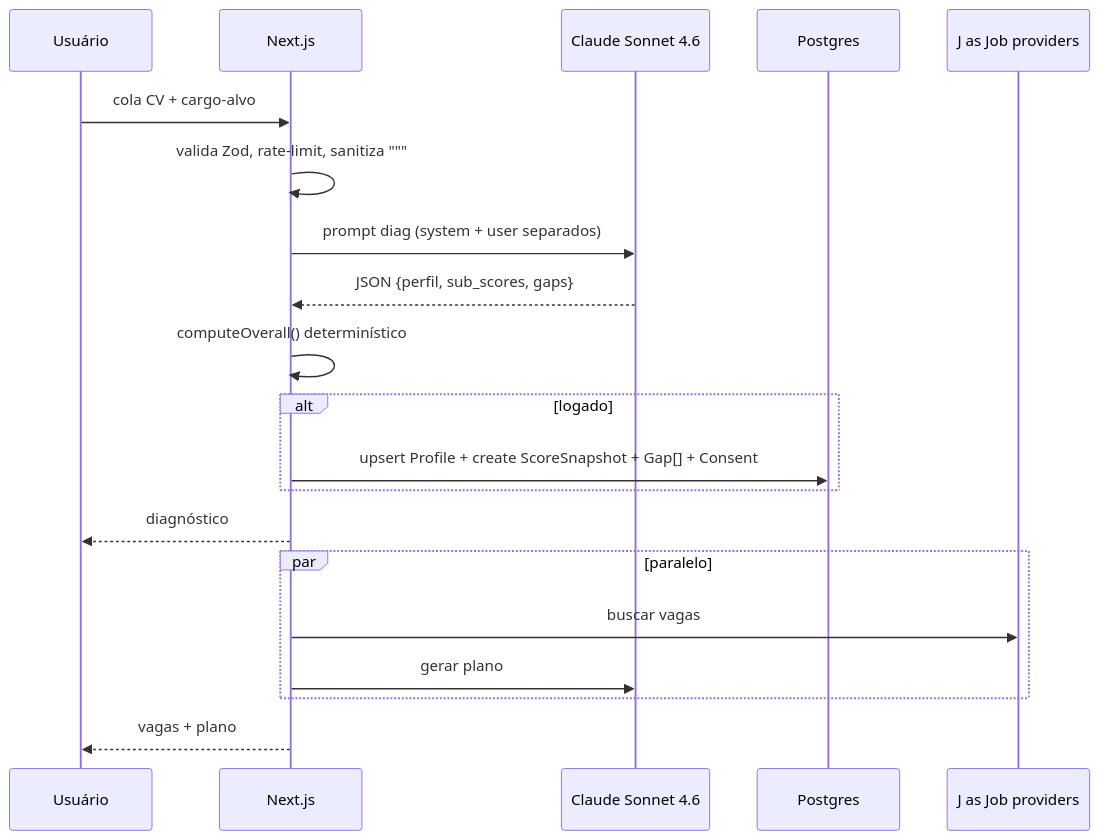
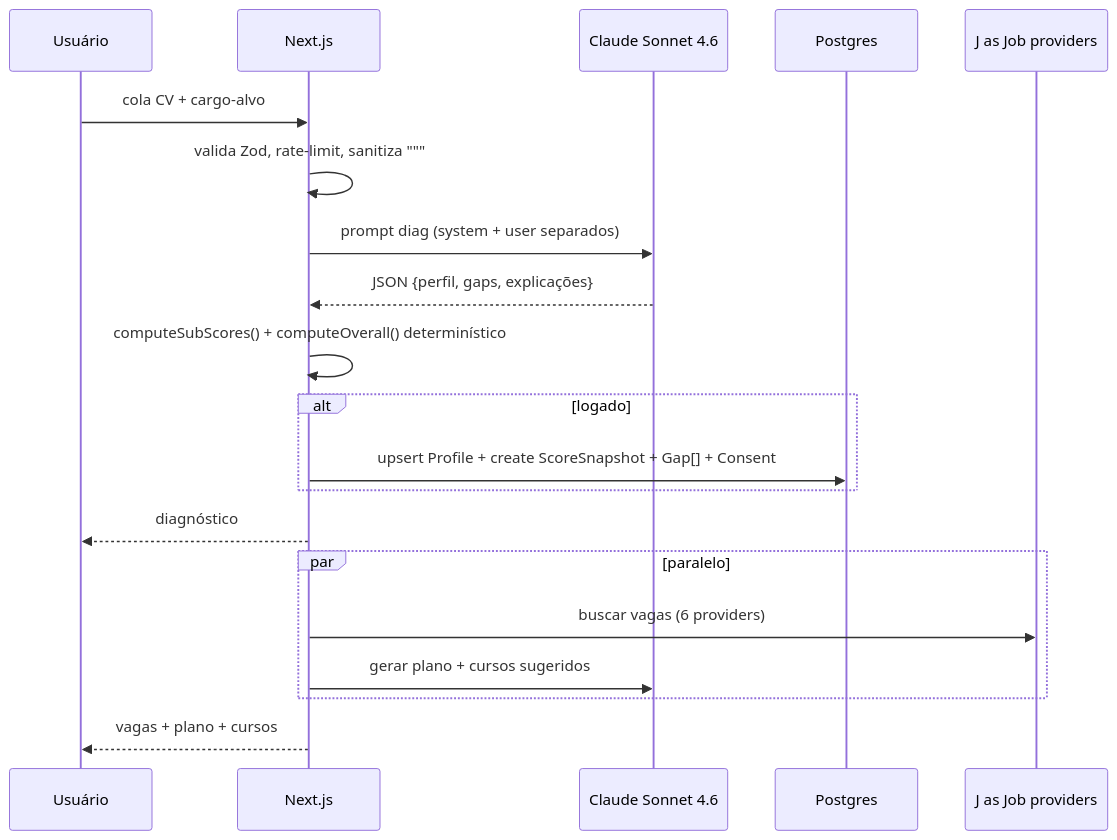
The second of 4 diagrams in README.md (akamitatrush/CareerTwinAI), drawn with Mermaid before and after one commit. The commit also changed other lines of this file and 38 other files, not shown here.

````diff
--- a/README.md
+++ b/README.md
@@ -55,22 +45,22 @@
 ```mermaid
 sequenceDiagram
     participant U as Usuário
     participant N as Next.js
     participant LLM as Claude Sonnet 4.6
     participant DB as Postgres
 
     U->>N: cola CV + cargo-alvo
     N->>N: valida Zod, rate-limit, sanitiza """
     N->>LLM: prompt diag (system + user separados)
-    LLM-->>N: JSON {perfil, sub_scores, gaps}
-    N->>N: computeOverall() determinístico
+    LLM-->>N: JSON {perfil, gaps, explicações}
+    N->>N: computeSubScores() + computeOverall() determinístico
     alt logado
         N->>DB: upsert Profile + create ScoreSnapshot + Gap[] + Consent
     end
     N-->>U: diagnóstico
     par paralelo
-        N->>J as Job providers: buscar vagas
-        N->>LLM: gerar plano
+        N->>J as Job providers: buscar vagas (6 providers)
+        N->>LLM: gerar plano + cursos sugeridos
     end
-    N-->>U: vagas + plano
+    N-->>U: vagas + plano + cursos
 ```
````
